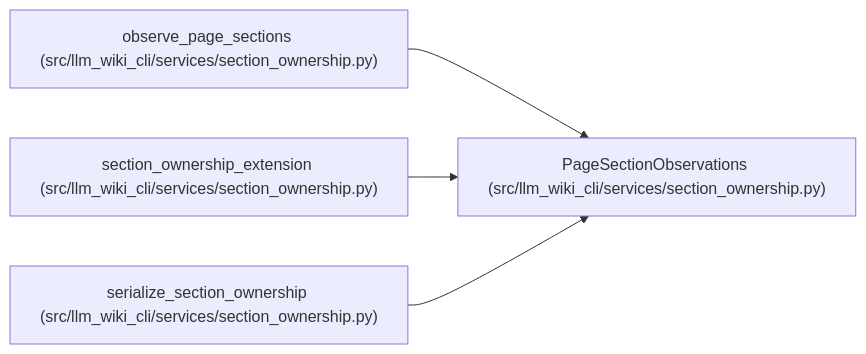
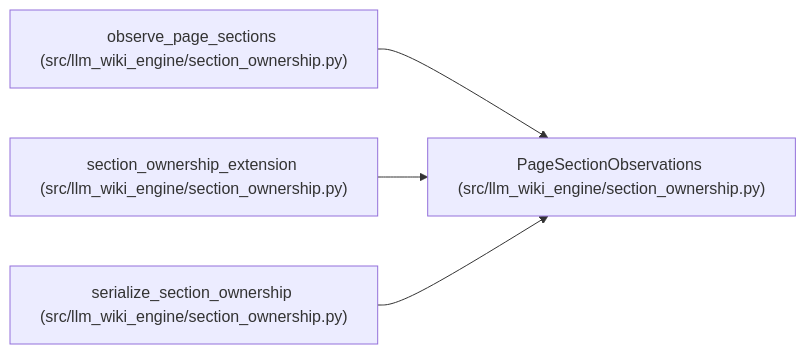
The diagram in docs/llm_wiki/entities/PageSectionObservations.md (Denissvgn/python-wiki-llm), drawn with Mermaid before and after one commit. The commit also changed other lines of this file and 1103 other files, not shown here.

First line of the commit message:
docs: refresh the wiki for the llm-wiki-engine distribution

````diff
--- a/docs/llm_wiki/entities/PageSectionObservations.md
+++ b/docs/llm_wiki/entities/PageSectionObservations.md
@@ -34,14 +34,14 @@
 ```mermaid
 flowchart LR
-    n0["PageSectionObservations (src/llm_wiki_cli/services/section_ownership.py)"]
-    n1["observe_page_sections (src/llm_wiki_cli/services/section_ownership.py)"]
-    n2["section_ownership_extension (src/llm_wiki_cli/services/section_ownership.py)"]
-    n3["serialize_section_ownership (src/llm_wiki_cli/services/section_ownership.py)"]
+    n0["PageSectionObservations (src/llm_wiki_engine/section_ownership.py)"]
+    n1["observe_page_sections (src/llm_wiki_engine/section_ownership.py)"]
+    n2["section_ownership_extension (src/llm_wiki_engine/section_ownership.py)"]
+    n3["serialize_section_ownership (src/llm_wiki_engine/section_ownership.py)"]
     n1 --> n0
     n2 --> n0
     n3 --> n0
     click n0 "../modules/section_ownership.md"
     click n1 "../modules/section_ownership.md"
     click n2 "../modules/section_ownership.md"
     click n3 "../modules/section_ownership.md"
 ```
````
